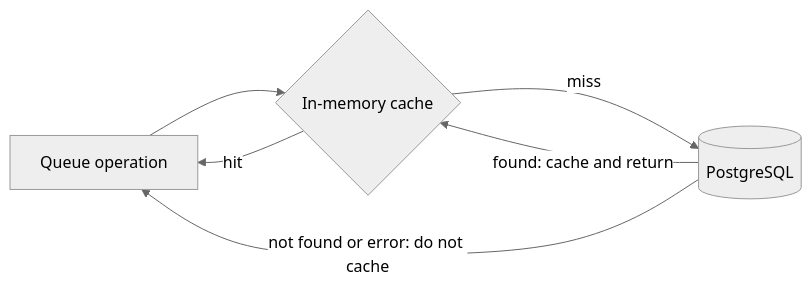
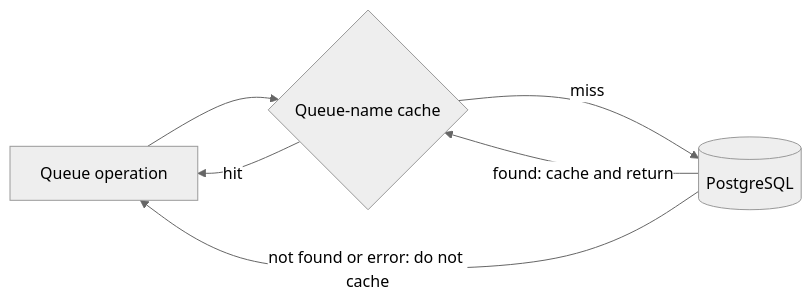
The first of 2 diagrams in docs/caching.md (karanbalani/retsu), drawn with Mermaid (neutral theme) before and after one commit. The commit also changed other lines of this file and 27 other files, not shown here.

Commit message:
refactor: cache immutable queue names only

````diff
--- a/docs/caching.md
+++ b/docs/caching.md
@@ -22,8 +16,8 @@
 ```mermaid
 flowchart LR
-    Operation["Queue operation"] --> Memory{"In-memory cache"}
+    Operation["Queue operation"] --> Memory{"Queue-name cache"}
     Memory -->|"hit"| Operation
     Memory -->|"miss"| Database[("PostgreSQL")]
     Database -->|"found: cache and return"| Memory
     Database -->|"not found or error: do not cache"| Operation
 ```
````
